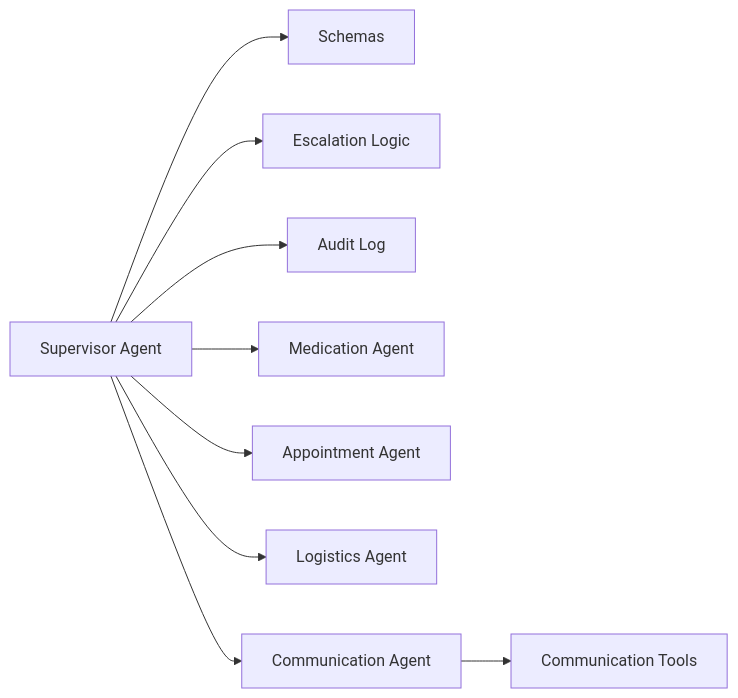
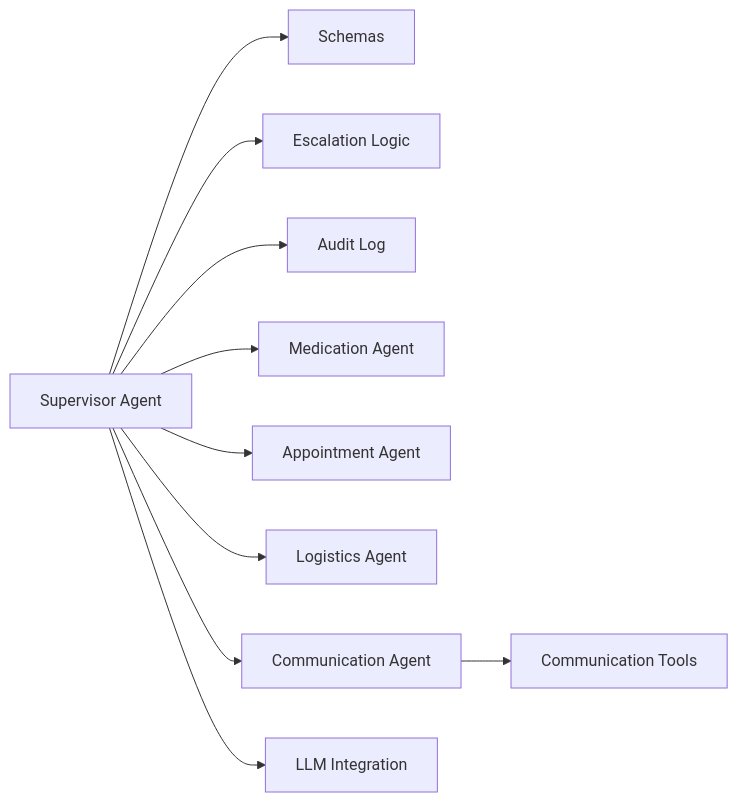
One commit to infamous-rebel/CareBridge changed the tenth of 10 diagrams in .qoder/repowiki/en/content/Core Agents/Supervisor Agent.md. Above: the diagram before and after it, drawn with Mermaid. The commit also changed other lines of this file and 12 other files, not shown here.

````diff
--- a/.qoder/repowiki/en/content/Core Agents/Supervisor Agent.md
+++ b/.qoder/repowiki/en/content/Core Agents/Supervisor Agent.md
@@ -399,11 +492,12 @@
 ```mermaid
 graph LR
 Sup["Supervisor Agent"] --> Sch["Schemas"]
 Sup --> Esc["Escalation Logic"]
 Sup --> Aud["Audit Log"]
 Sup --> Med["Medication Agent"]
 Sup --> Appt["Appointment Agent"]
 Sup --> Log["Logistics Agent"]
 Sup --> Comm["Communication Agent"]
+Sup --> LLM["LLM Integration"]
 Comm --> CT["Communication Tools"]
 ```
````
